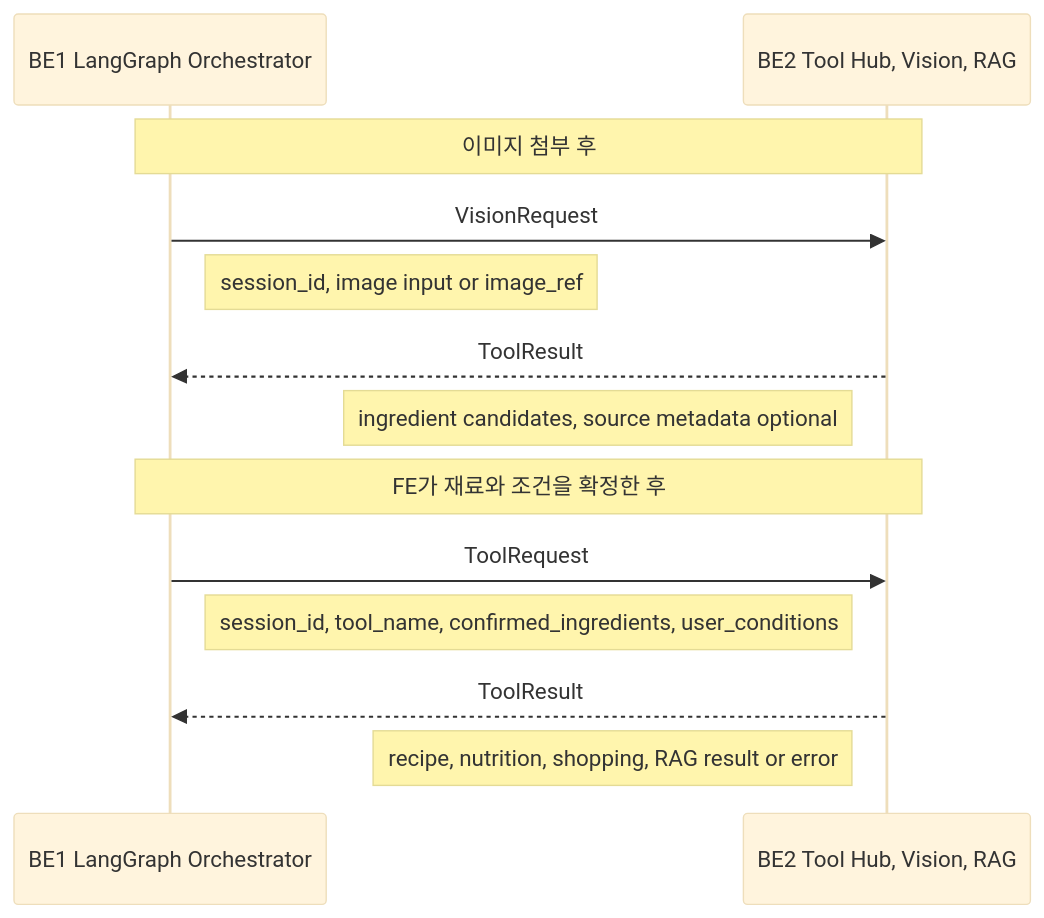
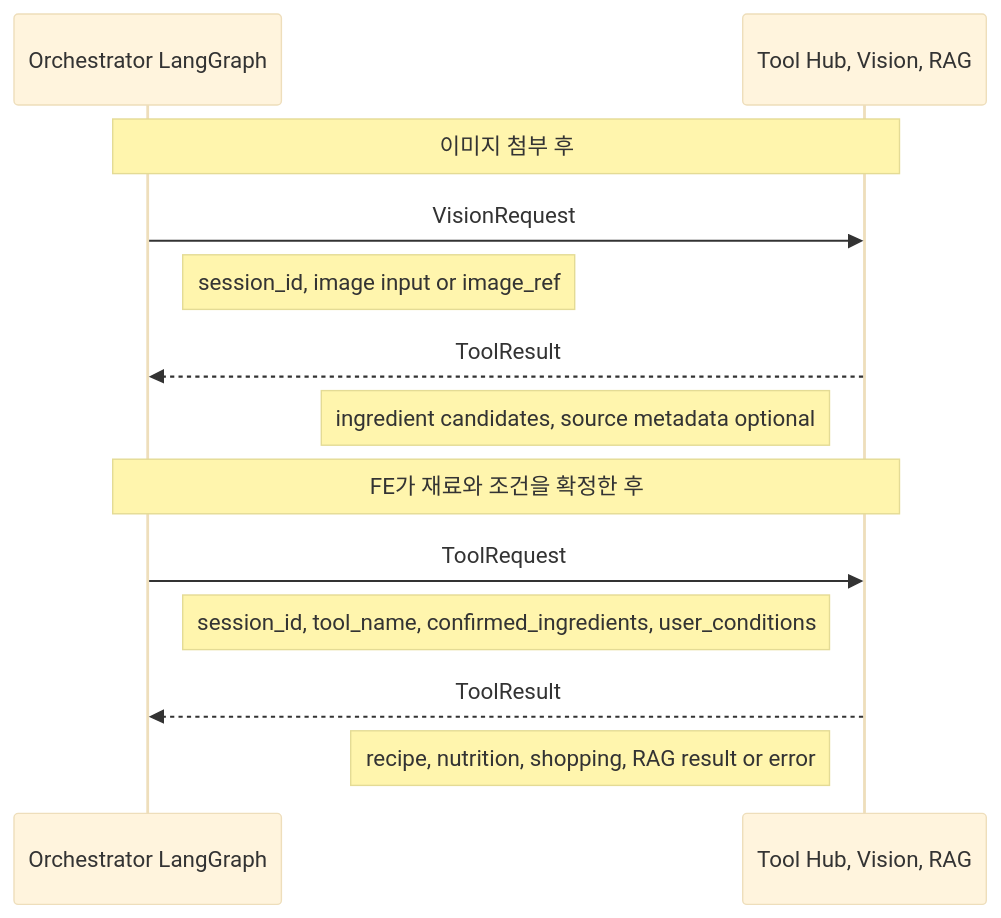
The second of 3 diagrams in docs/architecture/data-flow.md (DongJunee/2026_aio2_p2_PlanEat_Backend), drawn with Mermaid (base theme) before and after one commit. The commit also changed other lines of this file and 51 other files, not shown here.

````diff
--- a/docs/architecture/data-flow.md
+++ b/docs/architecture/data-flow.md
@@ -92,17 +94,17 @@
 ```mermaid
 sequenceDiagram
-    participant BE1 as BE1 LangGraph Orchestrator
-    participant BE2 as BE2 Tool Hub, Vision, RAG
+    participant ORCH as Orchestrator LangGraph
+    participant HUB as Tool Hub, Vision, RAG
 
-    Note over BE1,BE2: 이미지 첨부 후
-    BE1->>BE2: VisionRequest
-    Note right of BE1: session_id, image input or image_ref
-    BE2-->>BE1: ToolResult
-    Note left of BE2: ingredient candidates, source metadata optional
+    Note over ORCH,HUB: 이미지 첨부 후
+    ORCH->>HUB: VisionRequest
+    Note right of ORCH: session_id, image input or image_ref
+    HUB-->>ORCH: ToolResult
+    Note left of HUB: ingredient candidates, source metadata optional
 
-    Note over BE1,BE2: FE가 재료와 조건을 확정한 후
-    BE1->>BE2: ToolRequest
-    Note right of BE1: session_id, tool_name, confirmed_ingredients, user_conditions
-    BE2-->>BE1: ToolResult
-    Note left of BE2: recipe, nutrition, shopping, RAG result or error
+    Note over ORCH,HUB: FE가 재료와 조건을 확정한 후
+    ORCH->>HUB: ToolRequest
+    Note right of ORCH: session_id, tool_name, confirmed_ingredients, user_conditions
+    HUB-->>ORCH: ToolResult
+    Note left of HUB: recipe, nutrition, shopping, RAG result or error
 ```
````
